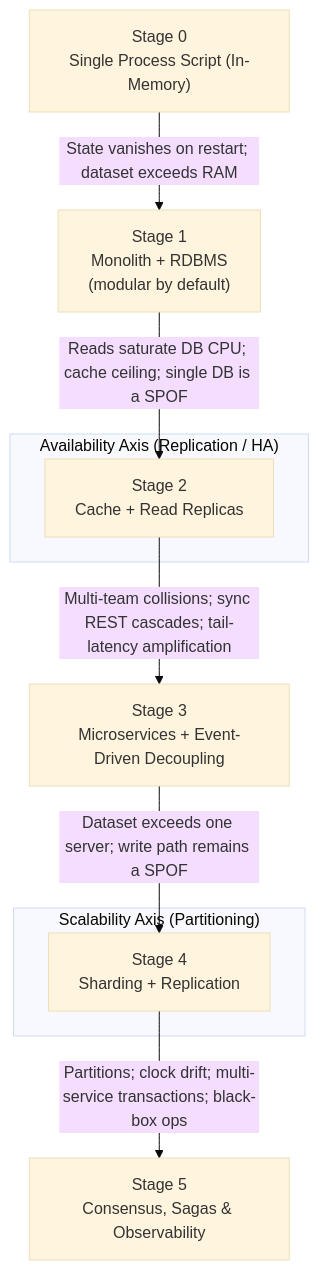
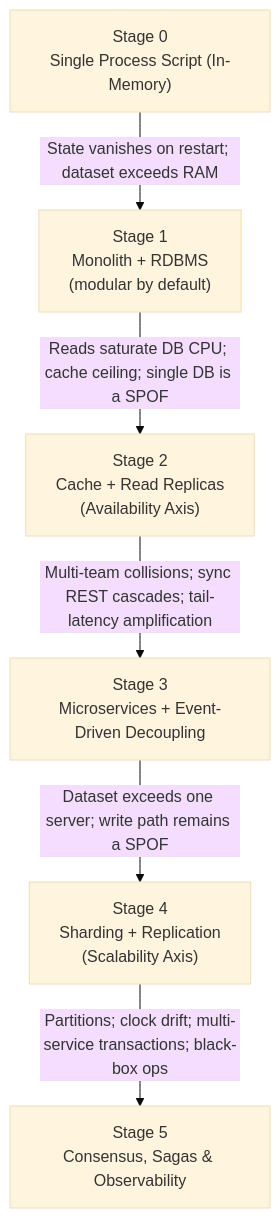
The diagram in content/blog/AI_study/system_design/system_design_master_roadmap.md (cj9208/cj9208.github.io), drawn with Mermaid (base theme) before and after one commit. The commit also changed other lines of this file, not shown here.

````diff
--- a/content/blog/AI_study/system_design/system_design_master_roadmap.md
+++ b/content/blog/AI_study/system_design/system_design_master_roadmap.md
@@ -25,23 +25,15 @@
 ```mermaid
 flowchart TB
     S0["Stage 0<br/>Single Process Script (In-Memory)"]
     S1["Stage 1<br/>Monolith + RDBMS<br/>(modular by default)"]
-    S2["Stage 2<br/>Cache + Read Replicas"]
+    S2["Stage 2<br/>Cache + Read Replicas<br/>(Availability Axis)"]
     S3["Stage 3<br/>Microservices + Event-Driven Decoupling"]
-    S4["Stage 4<br/>Sharding + Replication"]
+    S4["Stage 4<br/>Sharding + Replication<br/>(Scalability Axis)"]
     S5["Stage 5<br/>Consensus, Sagas & Observability"]
-
-    subgraph AVAIL["Availability Axis (Replication / HA)"]
-        S2
-    end
-
-    subgraph SCALE["Scalability Axis (Partitioning)"]
-        S4
-    end
 
     S0 -->|"State vanishes on restart; dataset exceeds RAM"| S1
     S1 -->|"Reads saturate DB CPU; cache ceiling; single DB is a SPOF"| S2
     S2 -->|"Multi-team collisions; sync REST cascades; tail-latency amplification"| S3
     S3 -->|"Dataset exceeds one server; write path remains a SPOF"| S4
     S4 -->|"Partitions; clock drift; multi-service transactions; black-box ops"| S5
 ```
````
